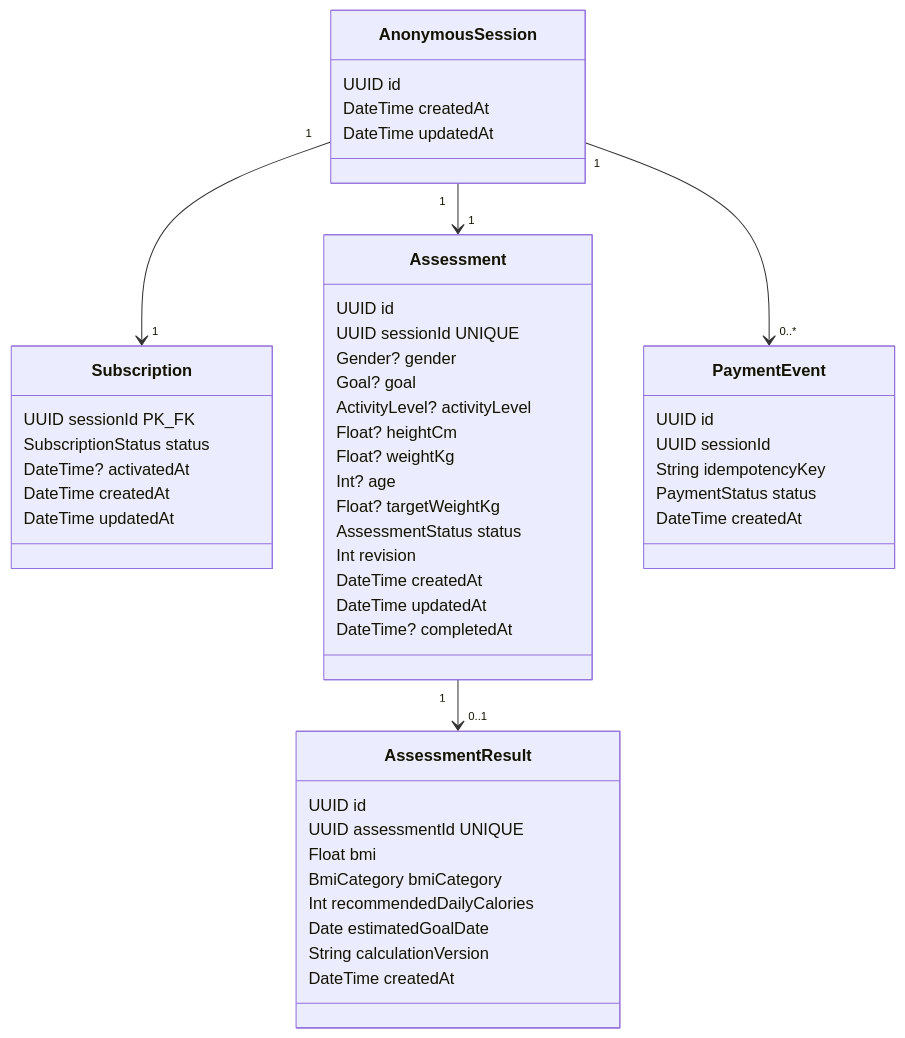
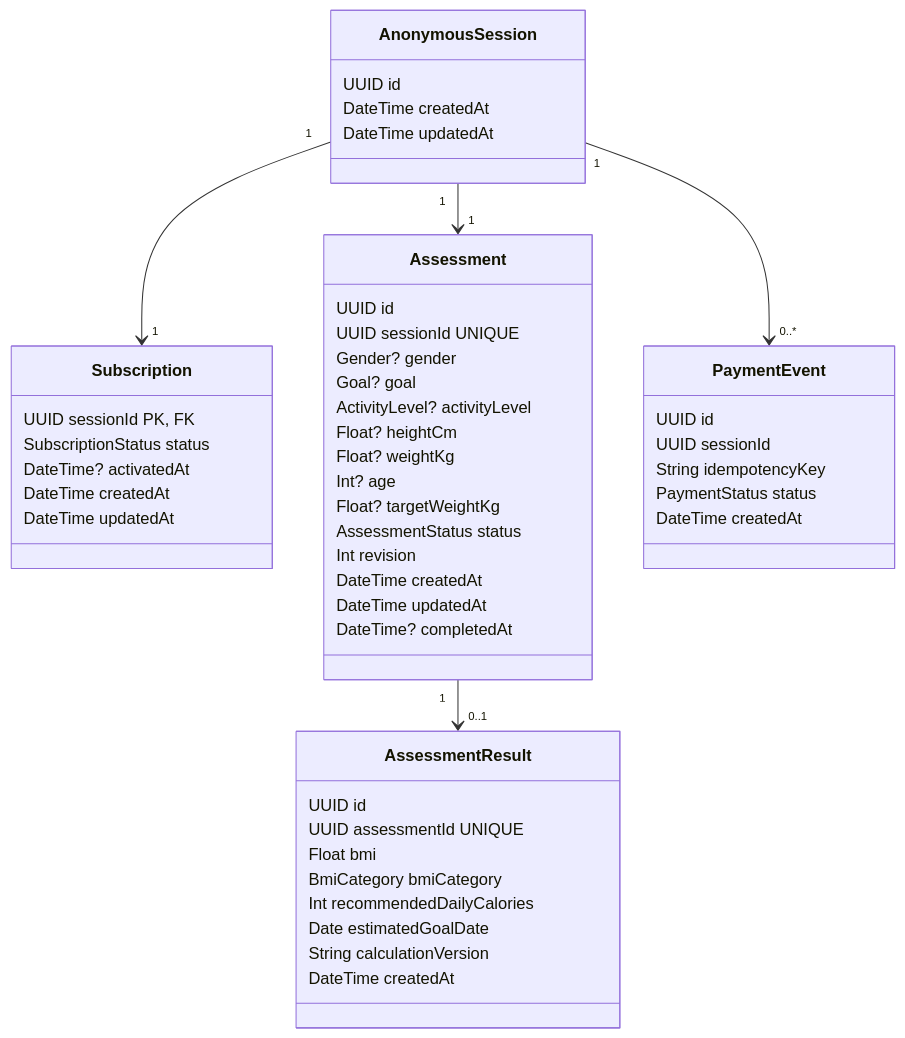
Before and after one commit to BakerSean168/health-assessment-challenge: the diagram in docs/03-domain-and-data-model.md, drawn with Mermaid. The commit also changed 1 other file, not shown here.

Commit message:
docs: fix Mermaid ER key syntax

````diff
--- a/docs/03-domain-and-data-model.md
+++ b/docs/03-domain-and-data-model.md
@@ -19,57 +19,57 @@
 ```mermaid
 classDiagram
     class AnonymousSession {
       UUID id
       DateTime createdAt
       DateTime updatedAt
     }
 
     class Subscription {
-      UUID sessionId PK_FK
+      UUID sessionId PK, FK
       SubscriptionStatus status
       DateTime? activatedAt
       DateTime createdAt
       DateTime updatedAt
     }
 
     class Assessment {
       UUID id
       UUID sessionId UNIQUE
       Gender? gender
       Goal? goal
       ActivityLevel? activityLevel
       Float? heightCm
       Float? weightKg
       Int? age
       Float? targetWeightKg
       AssessmentStatus status
       Int revision
       DateTime createdAt
       DateTime updatedAt
       DateTime? completedAt
     }
 
     class AssessmentResult {
       UUID id
       UUID assessmentId UNIQUE
       Float bmi
       BmiCategory bmiCategory
       Int recommendedDailyCalories
       Date estimatedGoalDate
       String calculationVersion
       DateTime createdAt
     }
 
     class PaymentEvent {
       UUID id
       UUID sessionId
       String idempotencyKey
       PaymentStatus status
       DateTime createdAt
     }
 
     AnonymousSession "1" --> "1" Assessment
     AnonymousSession "1" --> "1" Subscription
     Assessment "1" --> "0..1" AssessmentResult
     AnonymousSession "1" --> "0..*" PaymentEvent
 ```
````
